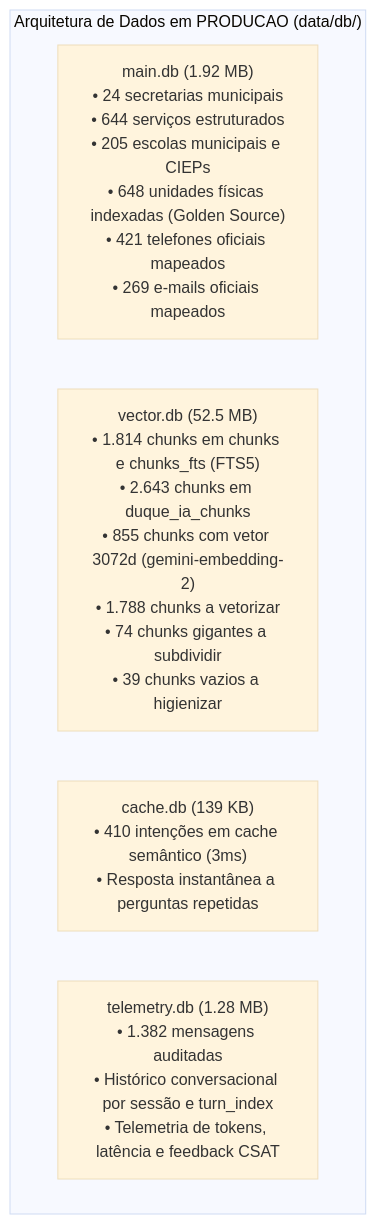
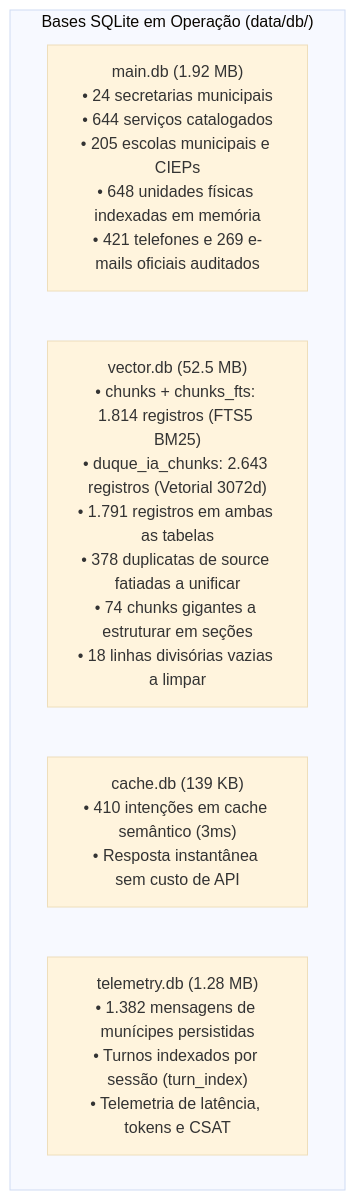
One commit to ouvidoriag/duqueia changed the diagram in docs/PLANO_MESTRE_AUDITORIA_E_CONSOLIDACAO_DADOS.md. Above: the diagram before and after it, drawn with Mermaid (base theme). The commit also changed other lines of this file, not shown here.

Commit message:
docs(plan): atualizar plano mestre para versao 5.0 com roadmap de 5 etapas

````diff
--- a/docs/PLANO_MESTRE_AUDITORIA_E_CONSOLIDACAO_DADOS.md
+++ b/docs/PLANO_MESTRE_AUDITORIA_E_CONSOLIDACAO_DADOS.md
@@ -112,9 +109,9 @@
 ```mermaid
 flowchart TD
-    subgraph ProducaoBases["Arquitetura de Dados em PRODUCAO (data/db/)"]
-        M["main.db (1.92 MB)<br>• 24 secretarias municipais<br>• 644 serviços estruturados<br>• 205 escolas municipais e CIEPs<br>• 648 unidades físicas indexadas (Golden Source)<br>• 421 telefones oficiais mapeados<br>• 269 e-mails oficiais mapeados"]
-        V["vector.db (52.5 MB)<br>• 1.814 chunks em chunks e chunks_fts (FTS5)<br>• 2.643 chunks em duque_ia_chunks<br>• 855 chunks com vetor 3072d (gemini-embedding-2)<br>• 1.788 chunks a vetorizar<br>• 74 chunks gigantes a subdividir<br>• 39 chunks vazios a higienizar"]
-        C["cache.db (139 KB)<br>• 410 intenções em cache semântico (3ms)<br>• Resposta instantânea a perguntas repetidas"]
-        T["telemetry.db (1.28 MB)<br>• 1.382 mensagens auditadas<br>• Histórico conversacional por sessão e turn_index<br>• Telemetria de tokens, latência e feedback CSAT"]
+    subgraph ArquiteturaProducao["Bases SQLite em Operação (data/db/)"]
+        M["main.db (1.92 MB)<br>• 24 secretarias municipais<br>• 644 serviços catalogados<br>• 205 escolas municipais e CIEPs<br>• 648 unidades físicas indexadas em memória<br>• 421 telefones e 269 e-mails oficiais auditados"]
+        V["vector.db (52.5 MB)<br>• chunks + chunks_fts: 1.814 registros (FTS5 BM25)<br>• duque_ia_chunks: 2.643 registros (Vetorial 3072d)<br>• 1.791 registros em ambas as tabelas<br>• 378 duplicatas de source fatiadas a unificar<br>• 74 chunks gigantes a estruturar em seções<br>• 18 linhas divisórias vazias a limpar"]
+        C["cache.db (139 KB)<br>• 410 intenções em cache semântico (3ms)<br>• Resposta instantânea sem custo de API"]
+        T["telemetry.db (1.28 MB)<br>• 1.382 mensagens de munícipes persistidas<br>• Turnos indexados por sessão (turn_index)<br>• Telemetria de latência, tokens e CSAT"]
     end
 ```
````
